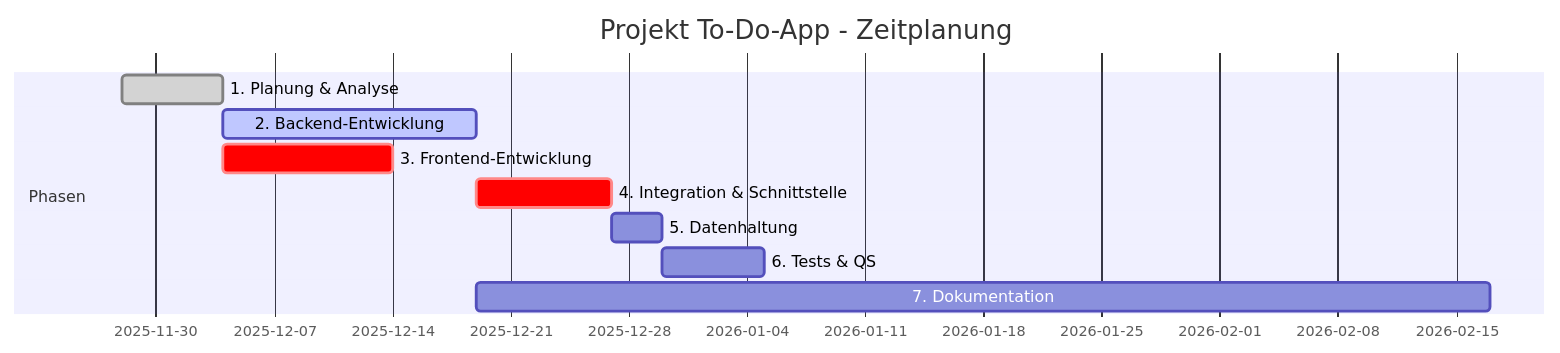
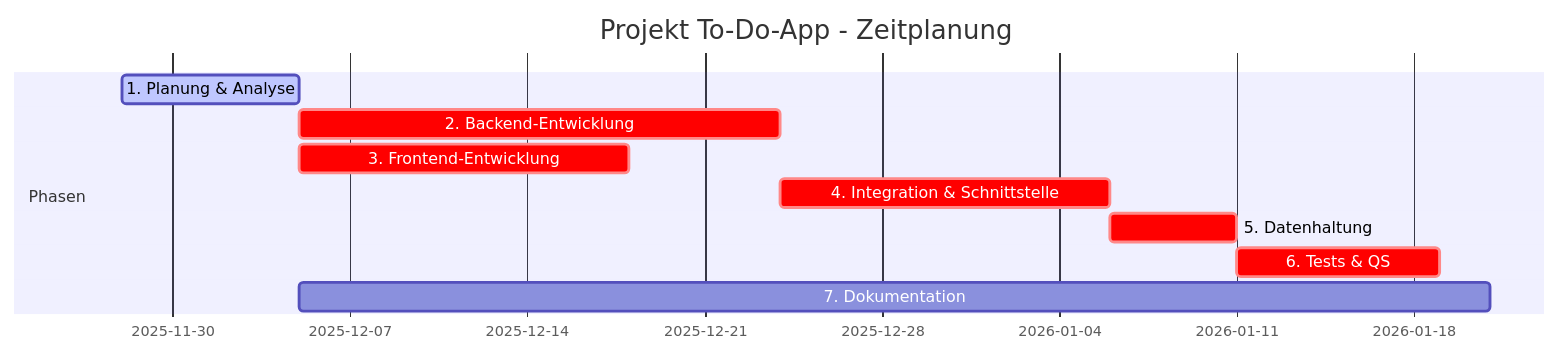
One commit to AlbelNox/LF12_Project_TODO changed the diagram in Projektantrag.md. Above: the diagram before and after it, drawn with Mermaid.

Commit message:
amends mermaid as gantt

````diff
--- a/Projektantrag.md
+++ b/Projektantrag.md
@@ -70,14 +70,14 @@
 ```mermaid
 gantt
     title Projekt To-Do-App - Zeitplanung
     dateFormat YYYY-MM-DD
     
     section Phasen
-    1. Planung & Analyse :done, plan, 2025-11-28, 6d
-    2. Backend-Entwicklung :active, backend, after plan, 15d
-    3. Frontend-Entwicklung :crit, frontend, after plan, 10d
-    4. Integration & Schnittstelle :crit, integration, after backend frontend, 8d
-    5. Datenhaltung :datahalt, after integration, 3d
-    6. Tests & QS :testing, after datahalt, 6d
-    7. Dokumentation :documentation, after backend, 60d
+    1. Planung & Analyse :active, plan, 2025-11-28, 7d
+    2. Backend-Entwicklung :crit, backend, after plan, 19d
+    3. Frontend-Entwicklung :crit, frontend, after plan, 13d
+    4. Integration & Schnittstelle :crit, integration, after backend frontend, 13d
+    5. Datenhaltung :crit, after integration, 5d
+    6. Tests & QS :crit, after datahalt, 8d
+    7. Dokumentation :documentation, after plan, 47d
 ```
````
